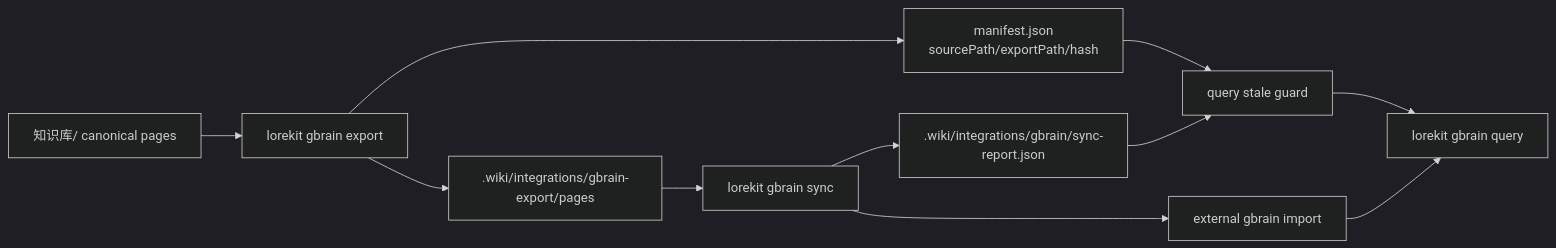
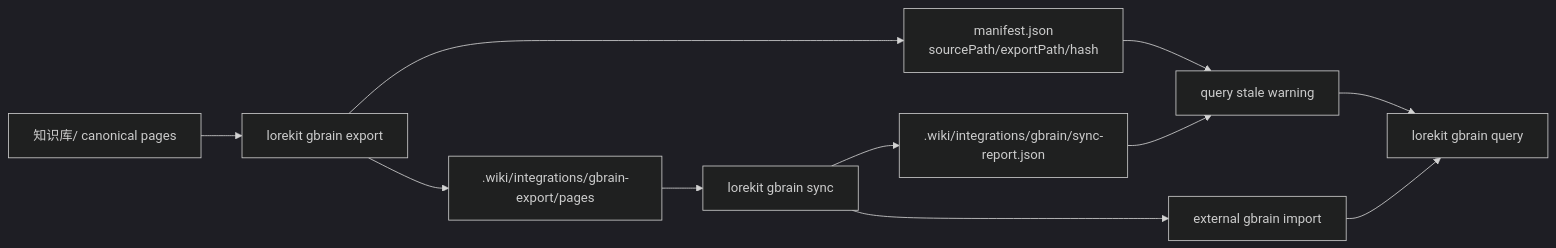
One commit to GYF0311/lorekit changed the fifth of 5 diagrams in docs/ARCHITECTURE.md. Above: the diagram before and after it, drawn with Mermaid (dark theme). The commit also changed other lines of this file and 19 other files, not shown here.

````diff
--- a/docs/ARCHITECTURE.md
+++ b/docs/ARCHITECTURE.md
@@ -141,13 +141,13 @@
 ```mermaid
 flowchart LR
   Wiki["知识库/ canonical pages"] --> Export["lorekit gbrain export"]
   Export --> Stage[".wiki/integrations/gbrain-export/pages"]
   Export --> Manifest["manifest.json<br/>sourcePath/exportPath/hash"]
   Stage --> Sync["lorekit gbrain sync"]
   Sync --> GBrain["external gbrain import"]
   Sync --> Report[".wiki/integrations/gbrain/sync-report.json"]
-  Manifest --> QueryGuard["query stale guard"]
+  Manifest --> QueryGuard["query stale warning"]
   Report --> QueryGuard
   QueryGuard --> Query["lorekit gbrain query"]
   GBrain --> Query
 ```
````
